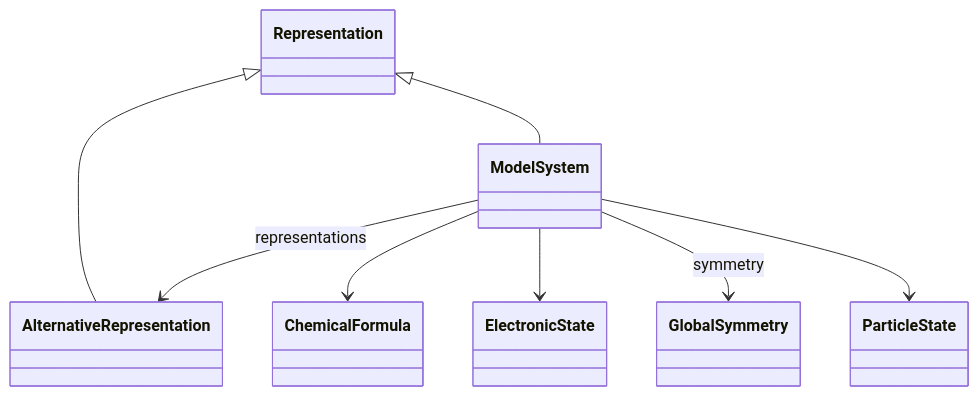
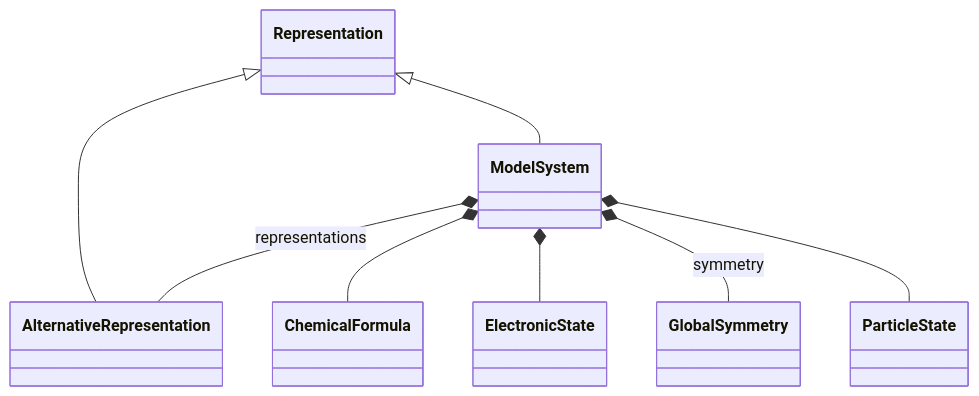
One commit to FAIRmat-NFDI/nomad-simulations changed the diagram in docs/schema/model_system.diagram.md. Above: the diagram before and after it, drawn with Mermaid. The commit also changed other lines of this file and 34 other files, not shown here.

````diff
--- a/docs/schema/model_system.diagram.md
+++ b/docs/schema/model_system.diagram.md
@@ -14,24 +14,24 @@
 ```mermaid
 classDiagram
     class AlternativeRepresentation {
     }
     class ChemicalFormula {
     }
     class ElectronicState {
     }
     class GlobalSymmetry {
     }
     class ModelSystem {
     }
     class ParticleState {
     }
     class Representation {
     }
     Representation <|-- AlternativeRepresentation
     Representation <|-- ModelSystem
-    ModelSystem --> AlternativeRepresentation : representations
-    ModelSystem --> ChemicalFormula
-    ModelSystem --> ElectronicState
-    ModelSystem --> GlobalSymmetry : symmetry
-    ModelSystem --> ParticleState
+    ModelSystem *-- AlternativeRepresentation : representations
+    ModelSystem *-- ChemicalFormula
+    ModelSystem *-- ElectronicState
+    ModelSystem *-- GlobalSymmetry : symmetry
+    ModelSystem *-- ParticleState
 ```
````
